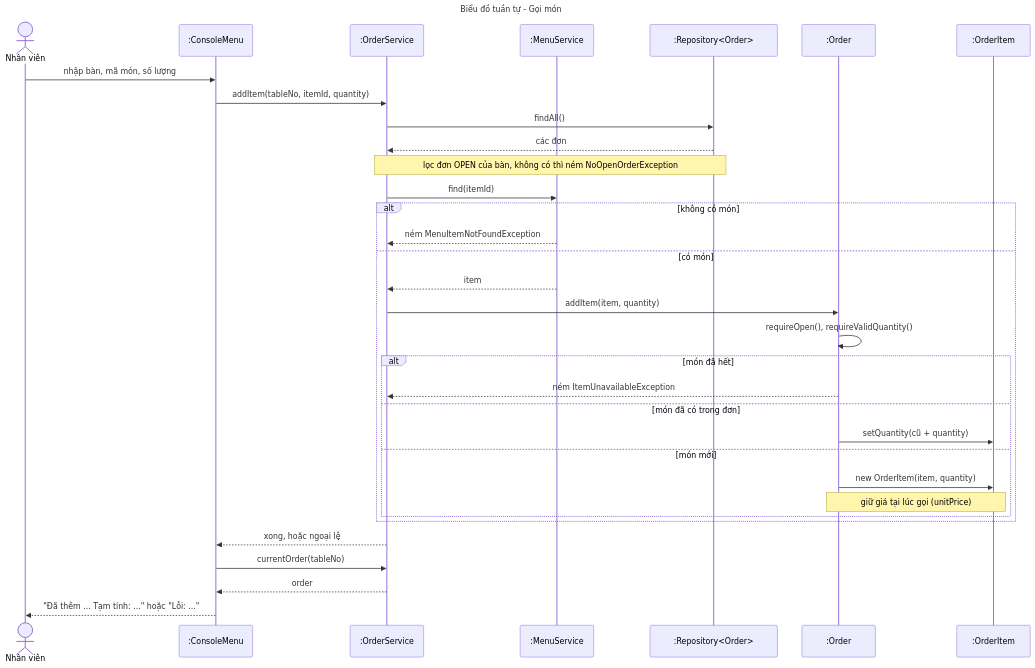
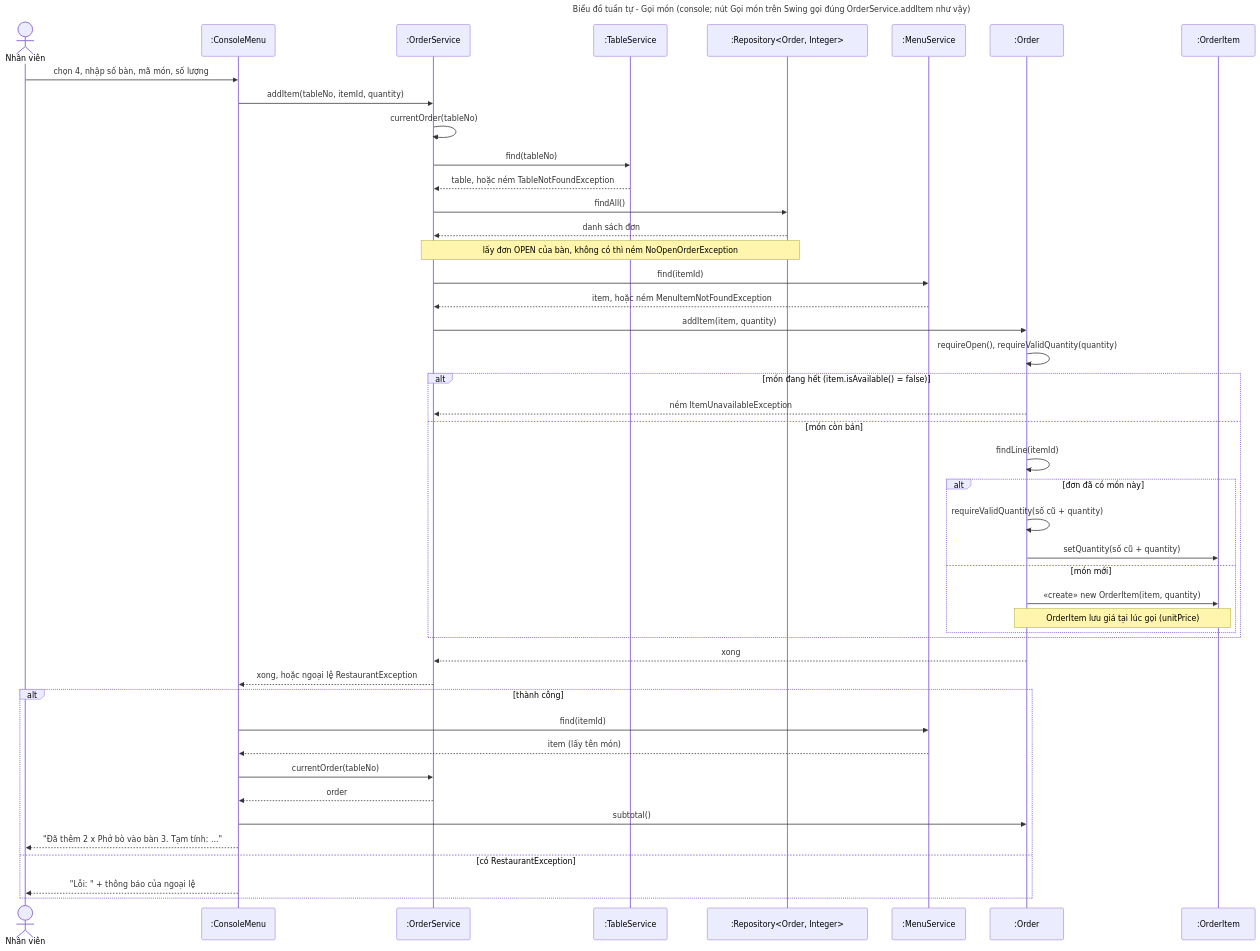
One commit to ducanhdhtb06-hub/btl-oop- changed the diagram in docs/uml/5-tuan-tu-goi-mon.mmd. Above: the diagram before and after it, drawn with Mermaid. The commit also changed 25 other files, not shown here.

First line of the commit message:
docs: UML vẽ lại cho khớp code, thêm file draw.io

```diff
--- a/docs/uml/5-tuan-tu-goi-mon.mmd
+++ b/docs/uml/5-tuan-tu-goi-mon.mmd
@@ -1,37 +1,49 @@
 ---
-title: Biểu đồ tuần tự - Gọi món
+title: Biểu đồ tuần tự - Gọi món (console; nút Gọi món trên Swing gọi đúng OrderService.addItem như vậy)
 ---
 sequenceDiagram
     actor NV as Nhân viên
     participant UI as :ConsoleMenu
     participant OS as :OrderService
+    participant TS as :TableService
+    participant R as :Repository#lt;Order, Integer#gt;
     participant MS as :MenuService
-    participant R as :Repository#lt;Order#gt;
     participant O as :Order
     participant I as :OrderItem
 
-    NV->>UI: nhập bàn, mã món, số lượng
+    NV->>UI: chọn 4, nhập số bàn, mã món, số lượng
     UI->>OS: addItem(tableNo, itemId, quantity)
+    OS->>OS: currentOrder(tableNo)
+    OS->>TS: find(tableNo)
+    TS-->>OS: table, hoặc ném TableNotFoundException
     OS->>R: findAll()
-    R-->>OS: các đơn
-    Note over OS,R: lọc đơn OPEN của bàn, không có thì ném NoOpenOrderException
+    R-->>OS: danh sách đơn
+    Note over OS,R: lấy đơn OPEN của bàn, không có thì ném NoOpenOrderException
     OS->>MS: find(itemId)
-    alt không có món
-        MS-->>OS: ném MenuItemNotFoundException
-    else có món
-        MS-->>OS: item
-        OS->>O: addItem(item, quantity)
-        O->>O: requireOpen(), requireValidQuantity()
-        alt món đã hết
-            O-->>OS: ném ItemUnavailableException
-        else món đã có trong đơn
-            O->>I: setQuantity(cũ + quantity)
+    MS-->>OS: item, hoặc ném MenuItemNotFoundException
+    OS->>O: addItem(item, quantity)
+    O->>O: requireOpen(), requireValidQuantity(quantity)
+    alt món đang hết (item.isAvailable() = false)
+        O-->>OS: ném ItemUnavailableException
+    else món còn bán
+        O->>O: findLine(itemId)
+        alt đơn đã có món này
+            O->>O: requireValidQuantity(số cũ + quantity)
+            O->>I: setQuantity(số cũ + quantity)
         else món mới
-            O->>I: new OrderItem(item, quantity)
-            Note over O,I: giữ giá tại lúc gọi (unitPrice)
+            O->>I: «create» new OrderItem(item, quantity)
+            Note over O,I: OrderItem lưu giá tại lúc gọi (unitPrice)
         end
     end
-    OS-->>UI: xong, hoặc ngoại lệ
-    UI->>OS: currentOrder(tableNo)
-    OS-->>UI: order
-    UI-->>NV: "Đã thêm ... Tạm tính: ..." hoặc "Lỗi: ..."
+    O-->>OS: xong
+    OS-->>UI: xong, hoặc ngoại lệ RestaurantException
+    alt thành công
+        UI->>MS: find(itemId)
+        MS-->>UI: item (lấy tên món)
+        UI->>OS: currentOrder(tableNo)
+        OS-->>UI: order
+        UI->>O: subtotal()
+        UI-->>NV: "Đã thêm 2 x Phở bò vào bàn 3. Tạm tính: ..."
+    else có RestaurantException
+        UI-->>NV: "Lỗi: " + thông báo của ngoại lệ
+    end
```
